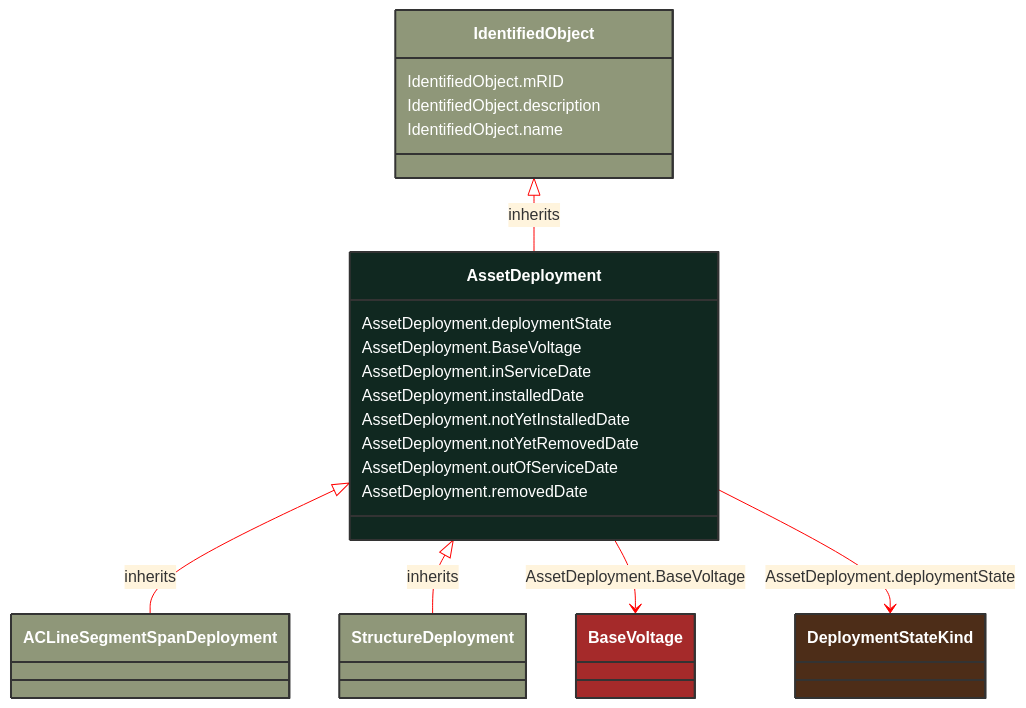
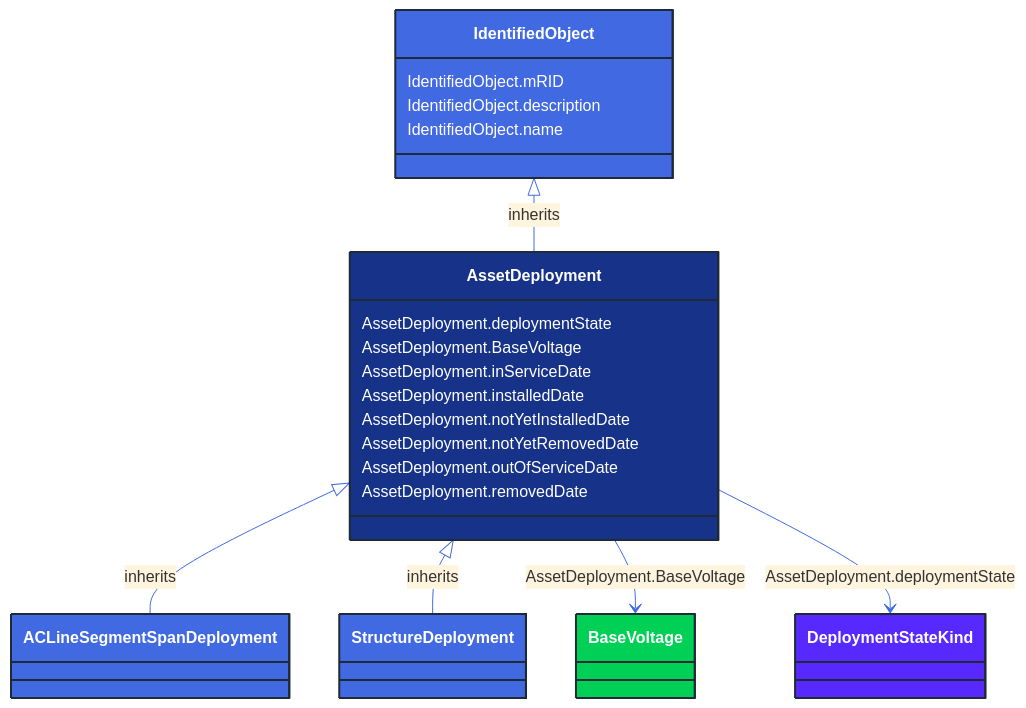
Before and after one commit to 3lbits/NoCIMExtensions: the diagram in docs/Models/Profiles/AviationObstacle/ConcreteClasses/AssetDeployment.md, drawn with Mermaid. The commit also changed 362 other files, not shown here.

First line of the commit message:
Update diagrams and styles for improved visual consistency

````diff
--- a/docs/Models/Profiles/AviationObstacle/ConcreteClasses/AssetDeployment.md
+++ b/docs/Models/Profiles/AviationObstacle/ConcreteClasses/AssetDeployment.md
@@ -8,47 +8,47 @@
 ```mermaid
-%%{init: {'theme':'base','themeVariables': {'lineColor': '#FF0000'}}}%%
+%%{init: {'theme':'base','themeVariables': {'lineColor': '#4169E1'}}}%%
 classDiagram
     class AssetDeployment
     click AssetDeployment href "/Models/Profiles/AviationObstacle/ConcreteClasses/AssetDeployment/"
-    style AssetDeployment fill:#102820,stroke:#333,stroke-width:2px,rx:10,ry:10,color:white
+    style AssetDeployment fill:#163289,stroke:#1F2A37,stroke-width:2px,rx:10,ry:10,color:white
 
         AssetDeployment <|-- ACLineSegmentSpanDeployment : inherits
 
         ACLineSegmentSpanDeployment
             click ACLineSegmentSpanDeployment href "/Models/Profiles/AviationObstacle/ConcreteClasses/ACLineSegmentSpanDeployment/"
-            style ACLineSegmentSpanDeployment fill:#8F9779,stroke:#333,stroke-width:2px,rx:10,ry:10,color:white
+            style ACLineSegmentSpanDeployment fill:#4169E1,stroke:#1F2A37,stroke-width:2px,rx:10,ry:10,color:white
 
         AssetDeployment <|-- StructureDeployment : inherits
 
         StructureDeployment
             click StructureDeployment href "/Models/Profiles/AviationObstacle/ConcreteClasses/StructureDeployment/"
-            style StructureDeployment fill:#8F9779,stroke:#333,stroke-width:2px,rx:10,ry:10,color:white
+            style StructureDeployment fill:#4169E1,stroke:#1F2A37,stroke-width:2px,rx:10,ry:10,color:white
      
         IdentifiedObject <|-- AssetDeployment : inherits
             click IdentifiedObject href "/Models/Profiles/AviationObstacle/AbstractClasses/IdentifiedObject/"
-            style IdentifiedObject fill:#8F9779,stroke:#333,stroke-width:2px,rx:10,ry:10,color:white
+            style IdentifiedObject fill:#4169E1,stroke:#1F2A37,stroke-width:2px,rx:10,ry:10,color:white
 
         AssetDeployment --> BaseVoltage : AssetDeployment.BaseVoltage
 
         BaseVoltage
             click BaseVoltage href "/Models/Profiles/AviationObstacle/ConcreteClasses/BaseVoltage/"
-            style BaseVoltage fill:#A52A2A,stroke:#333,stroke-width:2px,rx:10,ry:10,color:white
+            style BaseVoltage fill:#00D156,stroke:#1F2A37,stroke-width:2px,rx:10,ry:10,color:white
 
         AssetDeployment --> DeploymentStateKind : AssetDeployment.deploymentState
 
         DeploymentStateKind
             click DeploymentStateKind href "/Models/Profiles/AviationObstacle/Enumerations/DeploymentStateKind/"
-            style DeploymentStateKind fill:#4D2D18,stroke:#333,stroke-width:2px,rx:10,ry:10,color:white
+            style DeploymentStateKind fill:#5729FF,stroke:#1F2A37,stroke-width:2px,rx:10,ry:10,color:white
 
         AssetDeployment : AssetDeployment.deploymentState
         AssetDeployment : AssetDeployment.BaseVoltage
         AssetDeployment : AssetDeployment.inServiceDate
         AssetDeployment : AssetDeployment.installedDate
         AssetDeployment : AssetDeployment.notYetInstalledDate
         AssetDeployment : AssetDeployment.notYetRemovedDate
         AssetDeployment : AssetDeployment.outOfServiceDate
         AssetDeployment : AssetDeployment.removedDate
         IdentifiedObject : IdentifiedObject.mRID
         IdentifiedObject : IdentifiedObject.description
         IdentifiedObject : IdentifiedObject.name
 ```
````
